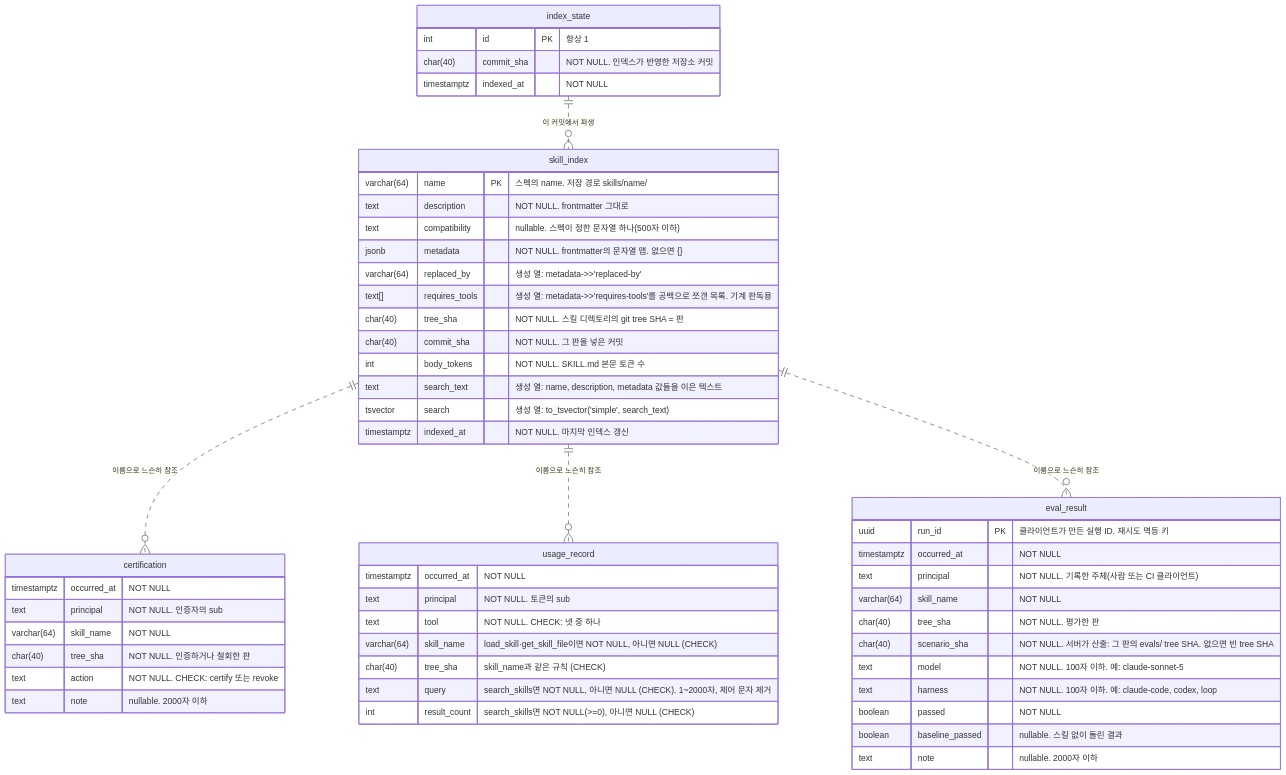
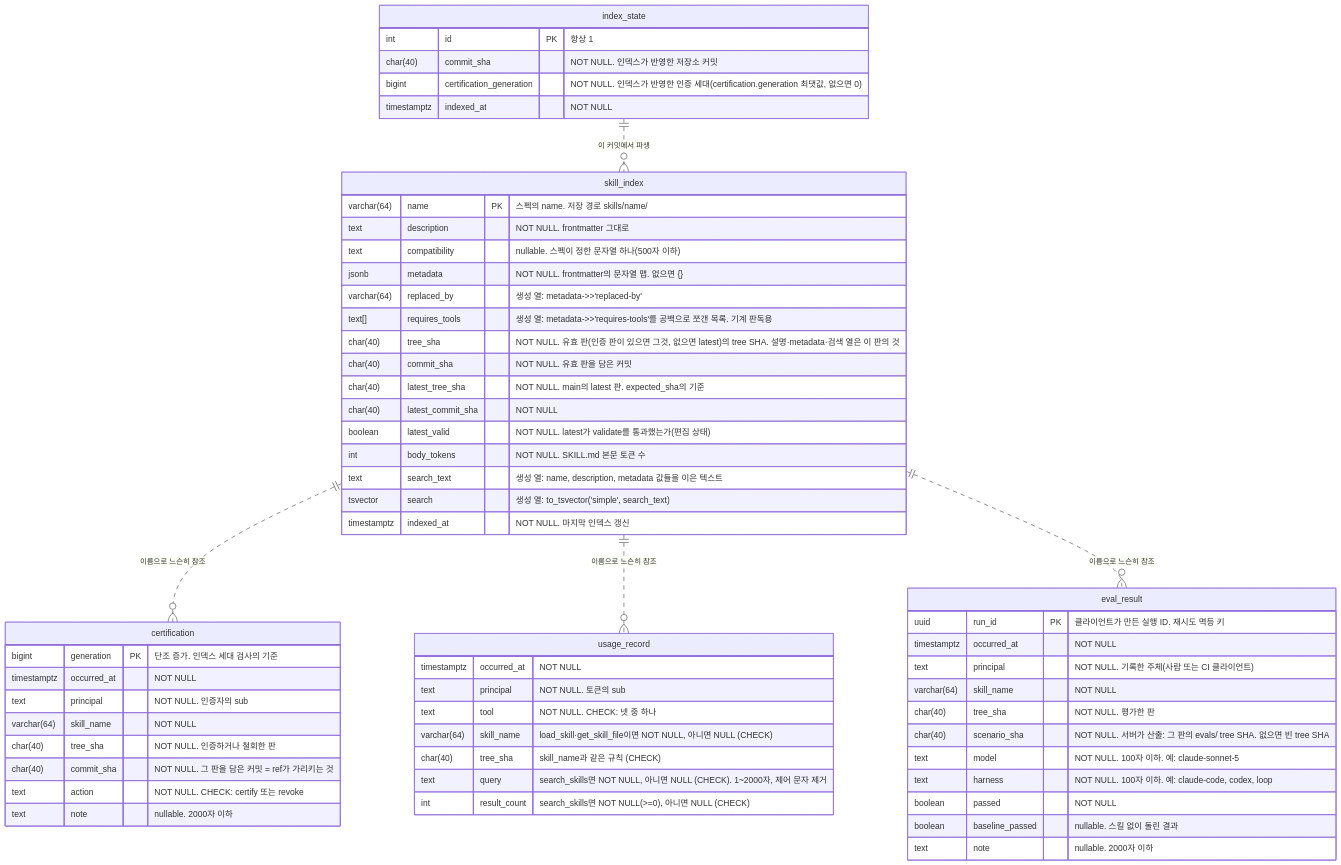
One commit to alteralab/harness-catalog changed the third of 4 diagrams in DESIGN.md. Above: the diagram before and after it, drawn with Mermaid. The commit also changed other lines of this file and 4 other files, not shown here.

````diff
--- a/DESIGN.md
+++ b/DESIGN.md
@@ -217,56 +217,62 @@
 ```mermaid
 erDiagram
     skill_index {
         varchar(64) name PK "스펙의 name. 저장 경로 skills/name/"
         text description "NOT NULL. frontmatter 그대로"
         text compatibility "nullable. 스펙이 정한 문자열 하나(500자 이하)"
         jsonb metadata "NOT NULL. frontmatter의 문자열 맵. 없으면 {}"
         varchar(64) replaced_by "생성 열: metadata->>'replaced-by'"
         text[] requires_tools "생성 열: metadata->>'requires-tools'를 공백으로 쪼갠 목록. 기계 판독용"
-        char(40) tree_sha "NOT NULL. 스킬 디렉토리의 git tree SHA = 판"
-        char(40) commit_sha "NOT NULL. 그 판을 넣은 커밋"
+        char(40) tree_sha "NOT NULL. 유효 판(인증 판이 있으면 그것, 없으면 latest)의 tree SHA. 설명·metadata·검색 열은 이 판의 것"
+        char(40) commit_sha "NOT NULL. 유효 판을 담은 커밋"
+        char(40) latest_tree_sha "NOT NULL. main의 latest 판. expected_sha의 기준"
+        char(40) latest_commit_sha "NOT NULL"
+        boolean latest_valid "NOT NULL. latest가 validate를 통과했는가(편집 상태)"
         int body_tokens "NOT NULL. SKILL.md 본문 토큰 수"
         text search_text "생성 열: name, description, metadata 값들을 이은 텍스트"
         tsvector search "생성 열: to_tsvector('simple', search_text)"
         timestamptz indexed_at "NOT NULL. 마지막 인덱스 갱신"
     }
     usage_record {
         timestamptz occurred_at "NOT NULL"
         text principal "NOT NULL. 토큰의 sub"
         text tool "NOT NULL. CHECK: 넷 중 하나"
         varchar(64) skill_name "load_skill·get_skill_file이면 NOT NULL, 아니면 NULL (CHECK)"
         char(40) tree_sha "skill_name과 같은 규칙 (CHECK)"
         text query "search_skills면 NOT NULL, 아니면 NULL (CHECK). 1~2000자, 제어 문자 제거"
         int result_count "search_skills면 NOT NULL(>=0), 아니면 NULL (CHECK)"
     }
     index_state {
         int id PK "항상 1"
         char(40) commit_sha "NOT NULL. 인덱스가 반영한 저장소 커밋"
+        bigint certification_generation "NOT NULL. 인덱스가 반영한 인증 세대(certification.generation 최댓값, 없으면 0)"
         timestamptz indexed_at "NOT NULL"
     }
     eval_result {
         uuid run_id PK "클라이언트가 만든 실행 ID. 재시도 멱등 키"
         timestamptz occurred_at "NOT NULL"
         text principal "NOT NULL. 기록한 주체(사람 또는 CI 클라이언트)"
         varchar(64) skill_name "NOT NULL"
         char(40) tree_sha "NOT NULL. 평가한 판"
         char(40) scenario_sha "NOT NULL. 서버가 산출: 그 판의 evals/ tree SHA. 없으면 빈 tree SHA"
         text model "NOT NULL. 100자 이하. 예: claude-sonnet-5"
         text harness "NOT NULL. 100자 이하. 예: claude-code, codex, loop"
         boolean passed "NOT NULL"
         boolean baseline_passed "nullable. 스킬 없이 돌린 결과"
         text note "nullable. 2000자 이하"
     }
     certification {
+        bigint generation PK "단조 증가. 인덱스 세대 검사의 기준"
         timestamptz occurred_at "NOT NULL"
         text principal "NOT NULL. 인증자의 sub"
         varchar(64) skill_name "NOT NULL"
         char(40) tree_sha "NOT NULL. 인증하거나 철회한 판"
+        char(40) commit_sha "NOT NULL. 그 판을 담은 커밋 = ref가 가리키는 것"
         text action "NOT NULL. CHECK: certify 또는 revoke"
         text note "nullable. 2000자 이하"
     }
     skill_index ||..o{ certification : "이름으로 느슨히 참조"
     skill_index ||..o{ usage_record : "이름으로 느슨히 참조"
     skill_index ||..o{ eval_result : "이름으로 느슨히 참조"
     index_state ||..o{ skill_index : "이 커밋에서 파생"
 ```
````
